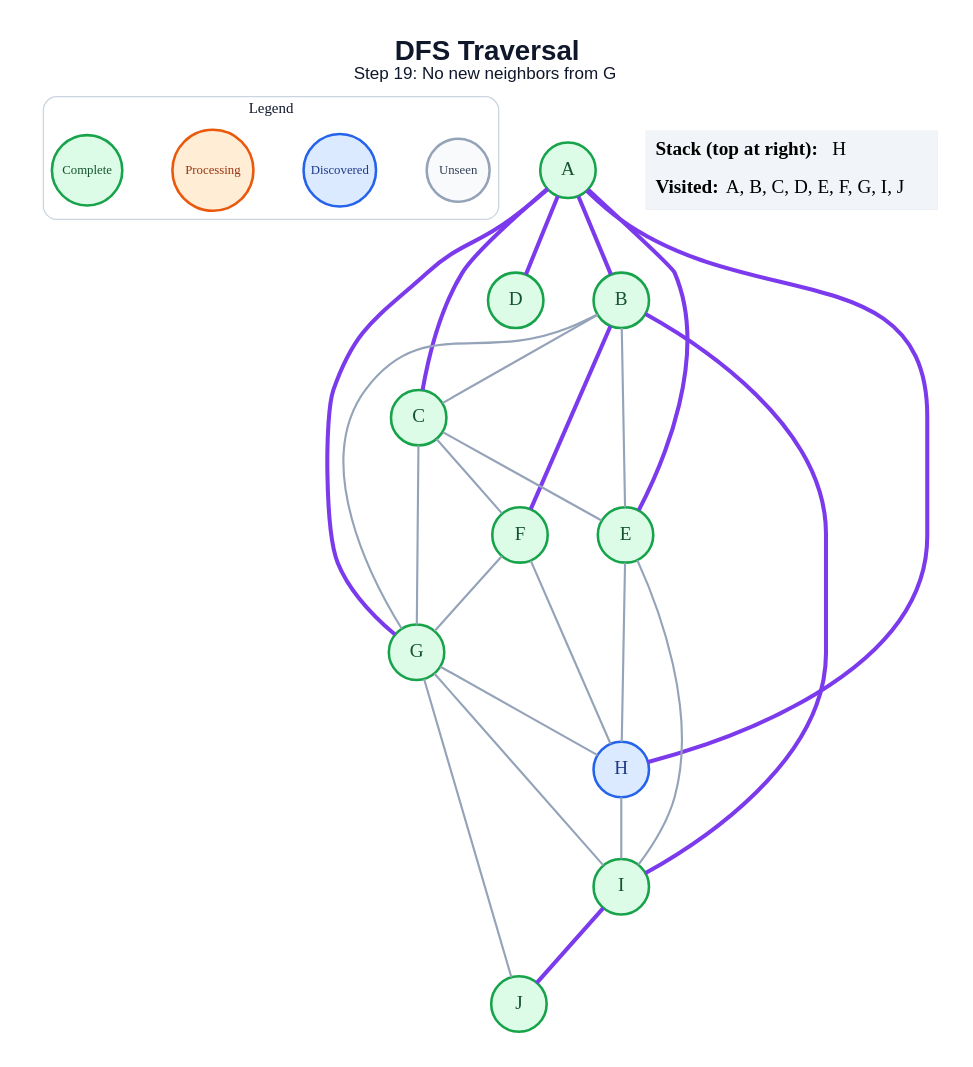
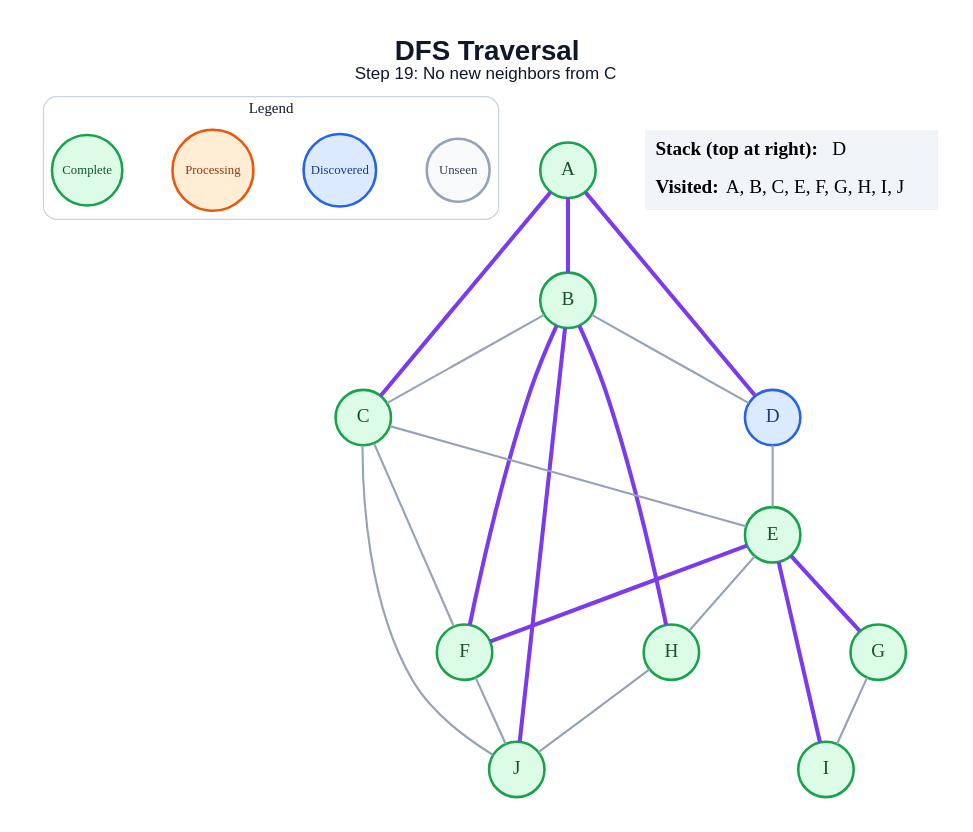
The diagram in generated/dfs/step_19.dot (amanghodawala9/ai-slop), drawn with Graphviz before and after one commit. The commit also changed 178 other files, not shown here.

```diff
--- a/generated/dfs/step_19.dot
+++ b/generated/dfs/step_19.dot
@@ -1,52 +1,48 @@
 graph traversal {
   graph [layout=dot, rankdir=TB, bgcolor="#FFFFFF", pad="0.35", nodesep="0.65", ranksep="0.8", fontname="Arial"];
   node [shape=circle, style="filled", fontname="Arial Bold", fontsize=18, width=0.72, fixedsize=true, penwidth=2.4];
   edge [color="#94A3B8", penwidth=2.0];
-  label=<<B>DFS Traversal</B><BR/><FONT POINT-SIZE="16">Step 19: No new neighbors from G</FONT>>; labelloc="t"; fontsize=26; fontname="Arial"; fontcolor="#0F172A";
+  label=<<B>DFS Traversal</B><BR/><FONT POINT-SIZE="16">Step 19: No new neighbors from C</FONT>>; labelloc="t"; fontsize=26; fontname="Arial"; fontcolor="#0F172A";
   subgraph cluster_legend { label="Legend"; color="#CBD5E1"; penwidth=1.2; style="rounded"; fontsize=14; fontname="Arial Bold";
     key_unseen [label="Unseen", fillcolor="#F8FAFC", color="#94A3B8", fontcolor="#334155", fontsize=12, width=0.82];
     key_frontier [label="Discovered", fillcolor="#DBEAFE", color="#2563EB", fontcolor="#1E3A8A", fontsize=12, width=0.95];
     key_current [label="Processing", fillcolor="#FFEDD5", color="#EA580C", fontcolor="#9A3412", fontsize=12, width=1.05];
     key_done [label="Complete", fillcolor="#DCFCE7", color="#16A34A", fontcolor="#14532D", fontsize=12, width=0.92];
     { rank=same; key_unseen; key_frontier; key_current; key_done; }
   }
   A [fillcolor="#DCFCE7", color="#16A34A", fontcolor="#14532D"];
   B [fillcolor="#DCFCE7", color="#16A34A", fontcolor="#14532D"];
   C [fillcolor="#DCFCE7", color="#16A34A", fontcolor="#14532D"];
-  D [fillcolor="#DCFCE7", color="#16A34A", fontcolor="#14532D"];
+  D [fillcolor="#DBEAFE", color="#2563EB", fontcolor="#1E3A8A"];
   E [fillcolor="#DCFCE7", color="#16A34A", fontcolor="#14532D"];
   F [fillcolor="#DCFCE7", color="#16A34A", fontcolor="#14532D"];
   G [fillcolor="#DCFCE7", color="#16A34A", fontcolor="#14532D"];
-  H [fillcolor="#DBEAFE", color="#2563EB", fontcolor="#1E3A8A"];
+  H [fillcolor="#DCFCE7", color="#16A34A", fontcolor="#14532D"];
   I [fillcolor="#DCFCE7", color="#16A34A", fontcolor="#14532D"];
   J [fillcolor="#DCFCE7", color="#16A34A", fontcolor="#14532D"];
   A -- B [color="#7C3AED", penwidth=3.8];
   A -- C [color="#7C3AED", penwidth=3.8];
   A -- D [color="#7C3AED", penwidth=3.8];
-  A -- E [color="#7C3AED", penwidth=3.8];
-  A -- G [color="#7C3AED", penwidth=3.8];
-  A -- H [color="#7C3AED", penwidth=3.8];
   B -- C;
-  B -- E;
+  B -- D;
   B -- F [color="#7C3AED", penwidth=3.8];
-  B -- G;
-  B -- I [color="#7C3AED", penwidth=3.8];
+  B -- H [color="#7C3AED", penwidth=3.8];
+  B -- J [color="#7C3AED", penwidth=3.8];
   C -- E;
   C -- F;
-  C -- G;
+  C -- J;
+  D -- E;
+  E -- F [color="#7C3AED", penwidth=3.8];
+  E -- G [color="#7C3AED", penwidth=3.8];
   E -- H;
-  E -- I;
-  F -- G;
-  F -- H;
-  G -- H;
+  E -- I [color="#7C3AED", penwidth=3.8];
+  F -- J;
   G -- I;
-  G -- J;
-  H -- I;
-  I -- J [color="#7C3AED", penwidth=3.8];
+  H -- J;
   status [shape=plain, fixedsize=false, width=0, height=0, margin=0, label=<
     <TABLE BORDER="0" CELLBORDER="0" CELLPADDING="7" BGCOLOR="#F1F5F9">
-      <TR><TD ALIGN="LEFT"><B>Stack (top at right):</B> H</TD></TR>
-      <TR><TD ALIGN="LEFT"><B>Visited:</B> A, B, C, D, E, F, G, I, J</TD></TR>
+      <TR><TD ALIGN="LEFT"><B>Stack (top at right):</B> D</TD></TR>
+      <TR><TD ALIGN="LEFT"><B>Visited:</B> A, B, C, E, F, G, H, I, J</TD></TR>
     </TABLE>
   >];
 }
```
